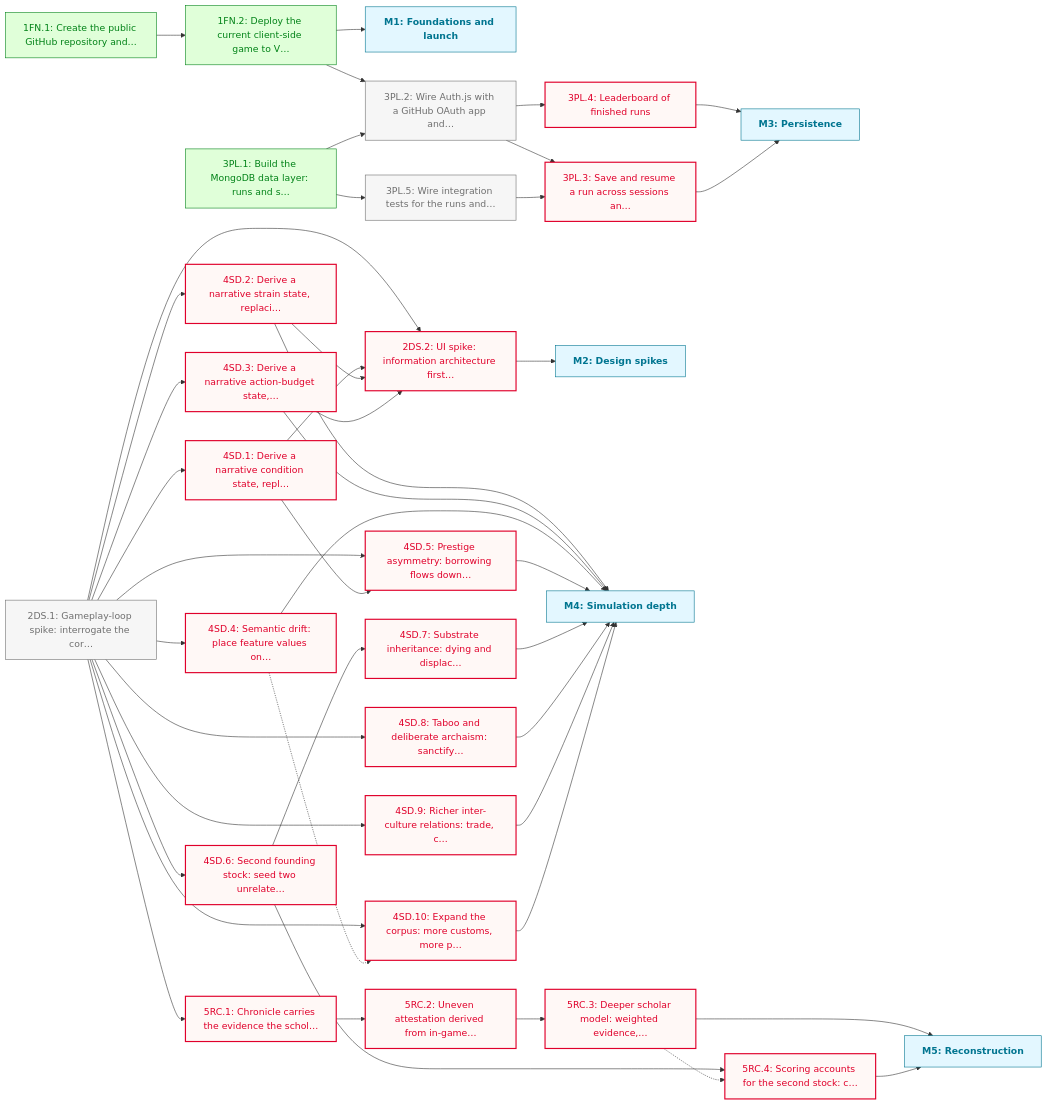
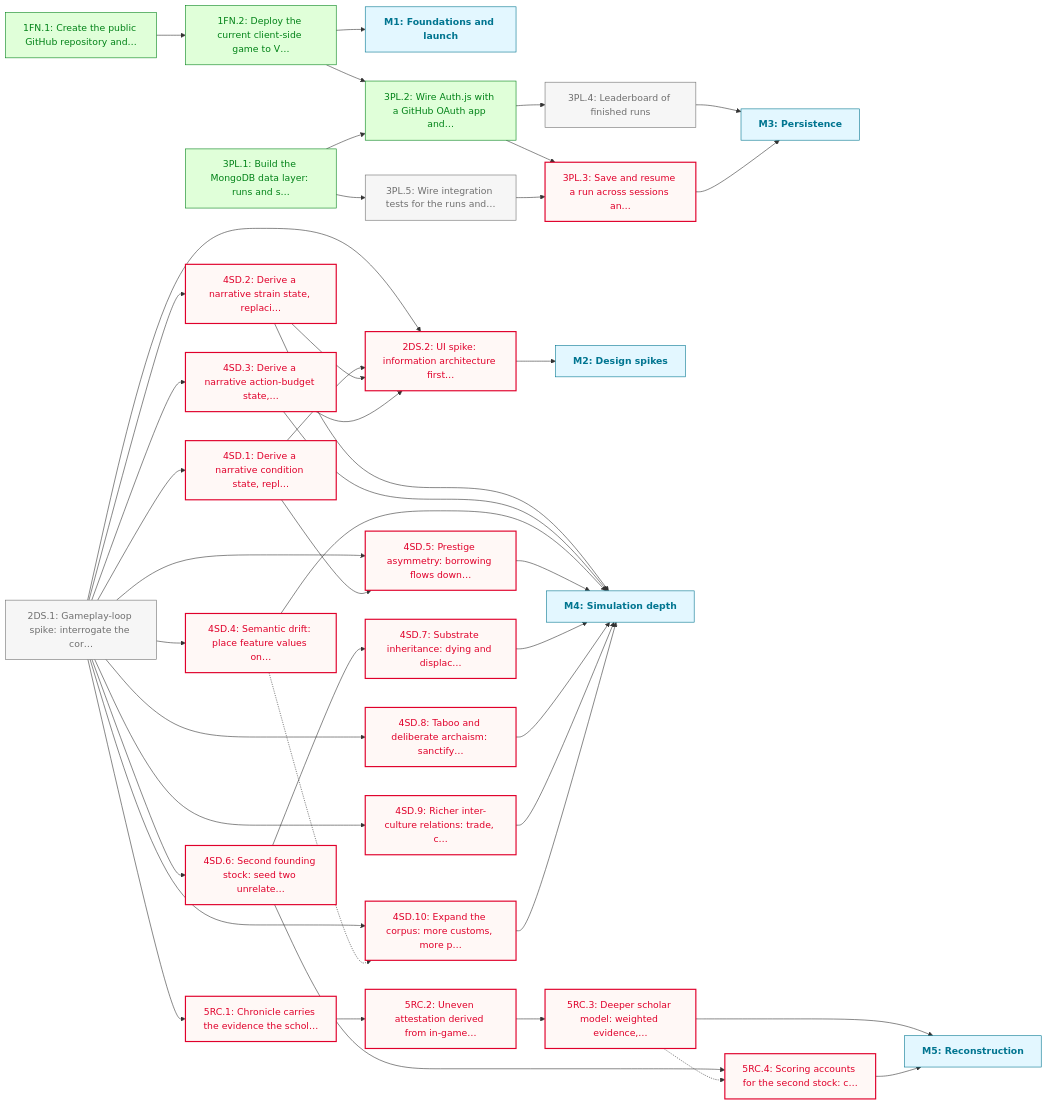
Before and after one commit to JasonWarrenUK/urheimat: the diagram in docs/roadmaps/PHASE_1.md, drawn with Mermaid. The commit also changed other lines of this file and 1 other file, not shown here.

Commit message:
chore: mark 3PL.2 done, unblock 3PL.4
Live sign-in verified against a real GitHub account. The round trip
writes user, account and session records. /api/runs returns only the
signed-in player's own runs, excluding another player's run and an
ownerless document.

3PL.3 stays blocked on 3PL.5.

````diff
--- a/docs/roadmaps/PHASE_1.md
+++ b/docs/roadmaps/PHASE_1.md
@@ -165,7 +165,7 @@
 	5RC.3 -.-> 5RC.4
 	5RC.3 --> M5
 	5RC.4 --> M5
-	class 2DS.1,3PL.2,3PL.5 todo
-	class 2DS.2,3PL.3,3PL.4,4SD.1,4SD.10,4SD.2,4SD.3,4SD.4,4SD.5,4SD.6,4SD.7,4SD.8,4SD.9,5RC.1,5RC.2,5RC.3,5RC.4 blocked
-	class 1FN.1,1FN.2,3PL.1 done
+	class 2DS.1,3PL.4,3PL.5 todo
+	class 2DS.2,3PL.3,4SD.1,4SD.10,4SD.2,4SD.3,4SD.4,4SD.5,4SD.6,4SD.7,4SD.8,4SD.9,5RC.1,5RC.2,5RC.3,5RC.4 blocked
+	class 1FN.1,1FN.2,3PL.1,3PL.2 done
 ```
````
